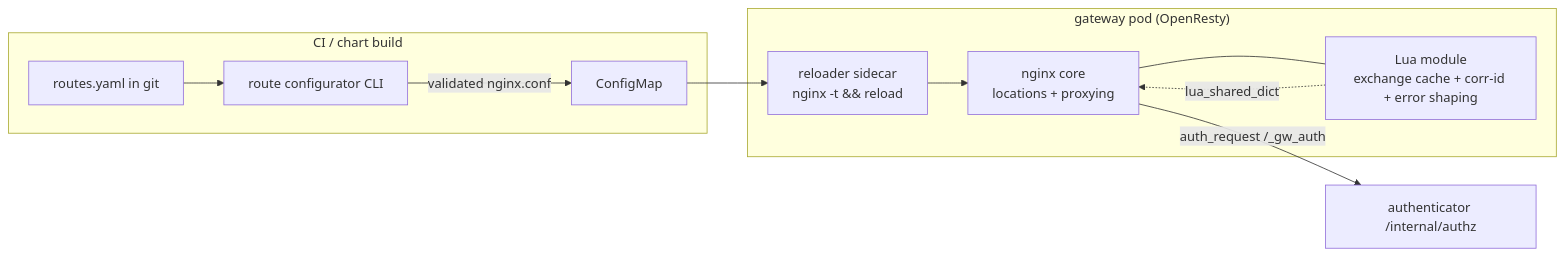
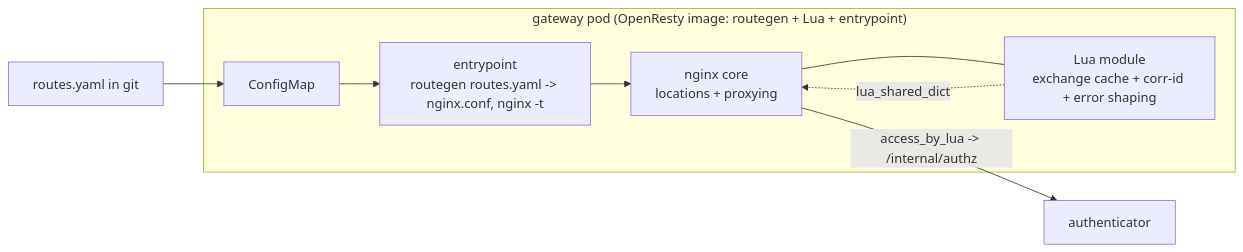
Before and after one commit to constructorfabric/insight: the second of 3 diagrams in docs/components/backend/gateway/DESIGN.md, drawn with Mermaid. The commit also changed other lines of this file and 24 other files, not shown here.

First line of the commit message:
refactor(gateway): address PR review — startup config gen, canonical errors, drop JWKS

````diff
--- a/docs/components/backend/gateway/DESIGN.md
+++ b/docs/components/backend/gateway/DESIGN.md
@@ -162,20 +162,13 @@
 ```mermaid
 graph LR
-    subgraph CI["CI / chart build"]
-        RY[routes.yaml in git]
-        CFG[route configurator CLI]
-        RY --> CFG
-        CFG -->|validated nginx.conf| CM[ConfigMap]
+    RY[routes.yaml in git] --> CM[ConfigMap]
+
+    subgraph Pod["gateway pod (OpenResty image: routegen + Lua + entrypoint)"]
+        CM --> ENT[entrypoint<br/>routegen routes.yaml -> nginx.conf, nginx -t]
+        ENT --> NG[nginx core<br/>locations + proxying]
+        NG --- LUA[Lua module<br/>exchange cache + corr-id + error shaping]
     end
 
-    subgraph Pod["gateway pod (OpenResty)"]
-        NG[nginx core<br/>locations + proxying]
-        LUA[Lua module<br/>exchange cache + corr-id + error shaping]
-        REL[reloader sidecar<br/>nginx -t && reload]
-    end
-
-    CM --> REL --> NG
-    NG --- LUA
-    NG -->|auth_request /_gw_auth| AUTH[authenticator /internal/authz]
+    NG -->|access_by_lua -> /internal/authz| AUTH[authenticator]
     LUA -.lua_shared_dict.-> NG
 ```
````
